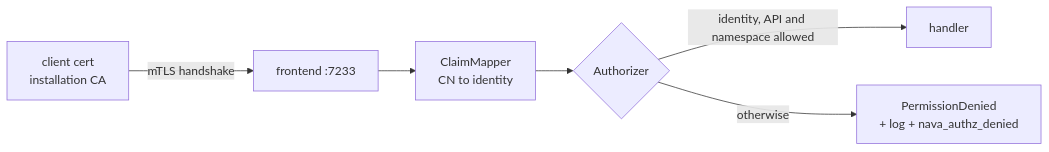
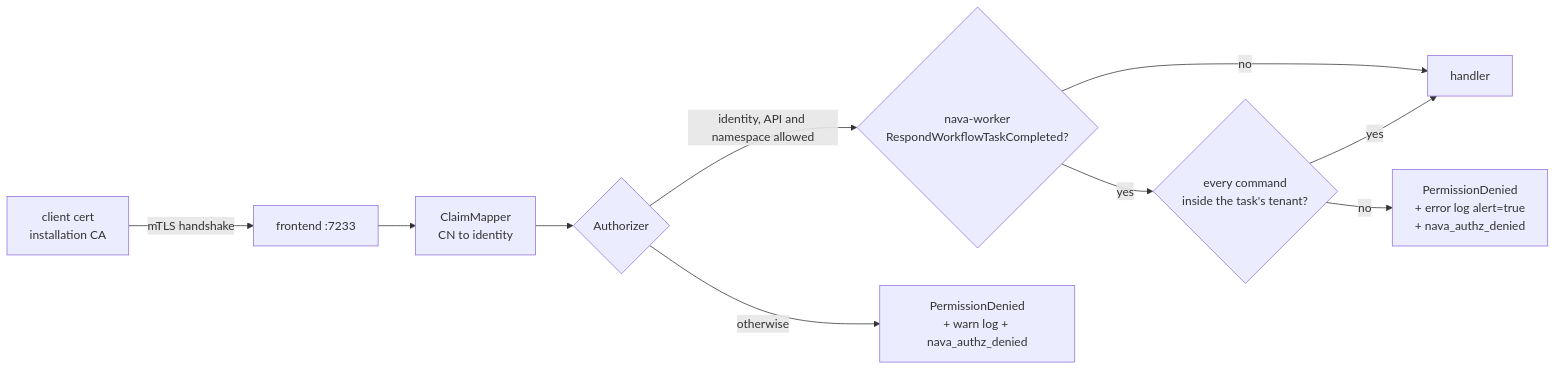
One commit to Navaladi2019/TicketingSystem changed the diagram in docs/temporal-server.md. Above: the diagram before and after it, drawn with Mermaid. The commit also changed other lines of this file and 7 other files, not shown here.

````diff
--- a/docs/temporal-server.md
+++ b/docs/temporal-server.md
@@ -9,8 +9,12 @@
 ```mermaid
 flowchart LR
   C[client cert<br/>installation CA] -->|mTLS handshake| F[frontend :7233]
   F --> CM[ClaimMapper<br/>CN to identity]
   CM --> AZ{Authorizer}
-  AZ -->|identity, API and namespace allowed| H[handler]
-  AZ -->|otherwise| D[PermissionDenied<br/>+ log + nava_authz_denied]
+  AZ -->|identity, API and namespace allowed| CI{nava-worker<br/>RespondWorkflowTaskCompleted?}
+  CI -->|no| H[handler]
+  CI -->|yes| INS{every command<br/>inside the task's tenant?}
+  INS -->|yes| H
+  INS -->|no| DC[PermissionDenied<br/>+ error log alert=true<br/>+ nava_authz_denied]
+  AZ -->|otherwise| D[PermissionDenied<br/>+ warn log + nava_authz_denied]
 ```
````
